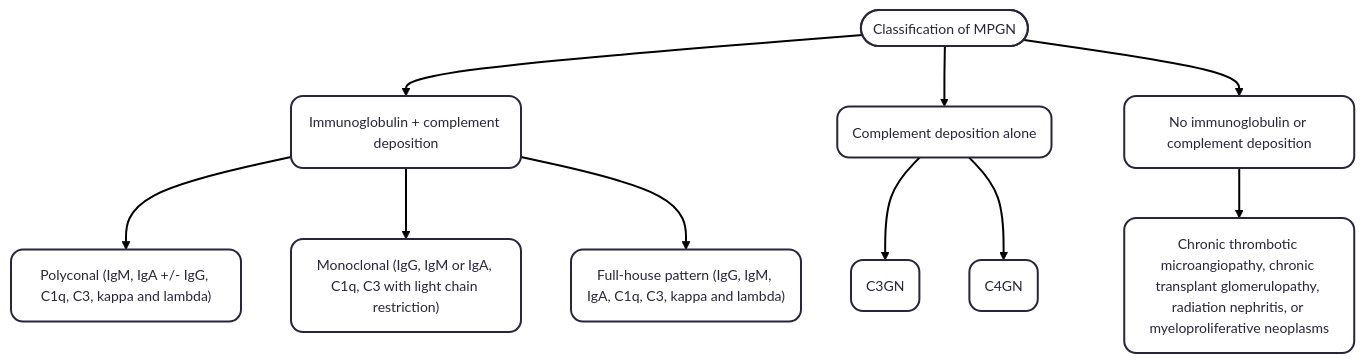
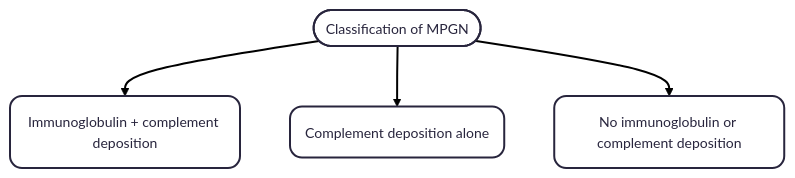
Before and after one commit to TTUNEPH2025/GN: the first of 5 diagrams in docs/MPGN-C3GN.md, drawn with Mermaid.

````diff
--- a/docs/MPGN-C3GN.md
+++ b/docs/MPGN-C3GN.md
@@ -53,21 +53,12 @@
 ```mermaid
 ---
 config:
   theme: redux
 ---
 flowchart TB
     n1(["Classification of MPGN"]) --> n2["Immunoglobulin + complement deposition"] & n3["Complement deposition alone"] & n4["No immunoglobulin or complement deposition"]
-    n2 --> n5["Polyconal (IgM, IgA +/- IgG, C1q, C3, kappa and lambda)"] & n6["Monoclonal (IgG, IgM or IgA, C1q, C3 with light chain restriction)"] & n7["Full-house pattern (IgG, IgM, IgA, C1q, C3, kappa and lambda)"]
-    n3 --> n8["C3GN"] & n9["C4GN"]
-    n4 --> n10["Chronic thrombotic microangiopathy, chronic transplant glomerulopathy, radiation nephritis, or myeloproliferative neoplasms"]
 
     n2@{ shape: rounded}
     n3@{ shape: rounded}
     n4@{ shape: rounded}
-    n5@{ shape: rounded}
-    n6@{ shape: rounded}
-    n7@{ shape: rounded}
-    n8@{ shape: rounded}
-    n9@{ shape: rounded}
-    n10@{ shape: rounded}
 ```
````
